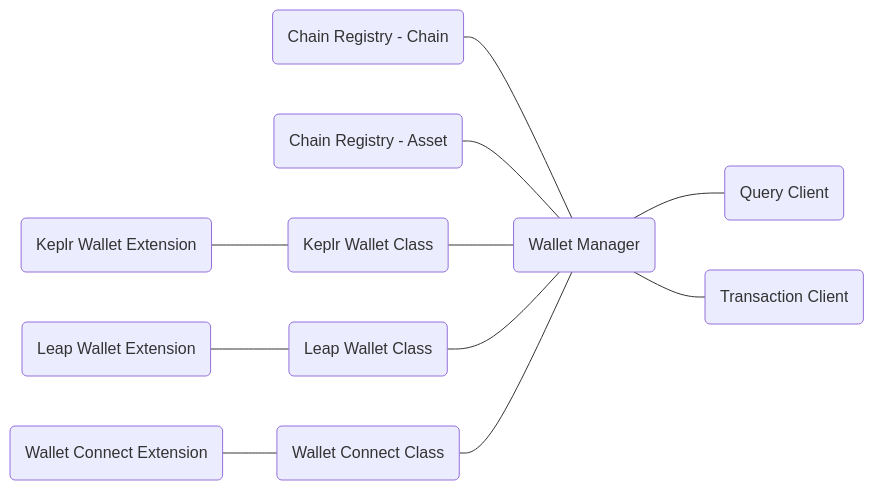
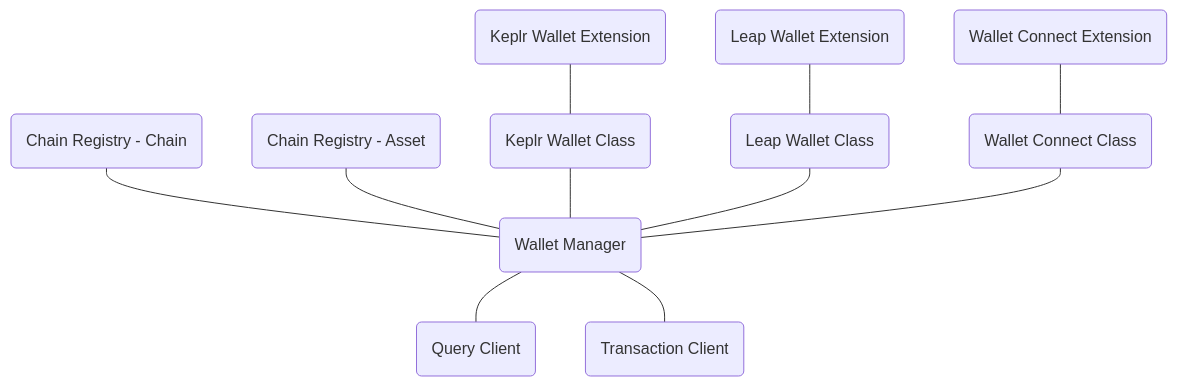
The first of 2 diagrams in packages/core/README.md (rivtechnologies/interchain-kit), drawn with Mermaid before and after one commit. The commit also changed other lines of this file, not shown here.

Commit message:
upgrade uml

````diff
--- a/packages/core/README.md
+++ b/packages/core/README.md
@@ -120,15 +119,15 @@
 ```mermaid
-flowchart LR
+flowchart TD
 
     D(Chain Registry - Chain) --- F(Wallet Manager)
     E(Chain Registry - Asset) --- F(Wallet Manager)
 
     A(Keplr Wallet Extension) --- AA(Keplr Wallet Class) --- F(Wallet Manager)
     B(Leap Wallet Extension) --- BB(Leap Wallet Class) --- F(Wallet Manager)
     C(Wallet Connect Extension) --- CC(Wallet Connect Class) --- F(Wallet Manager)
 
 
     F(Wallet Manager) --- G(Query Client)
     F(Wallet Manager) --- H(Transaction Client)
 
 ```
````
